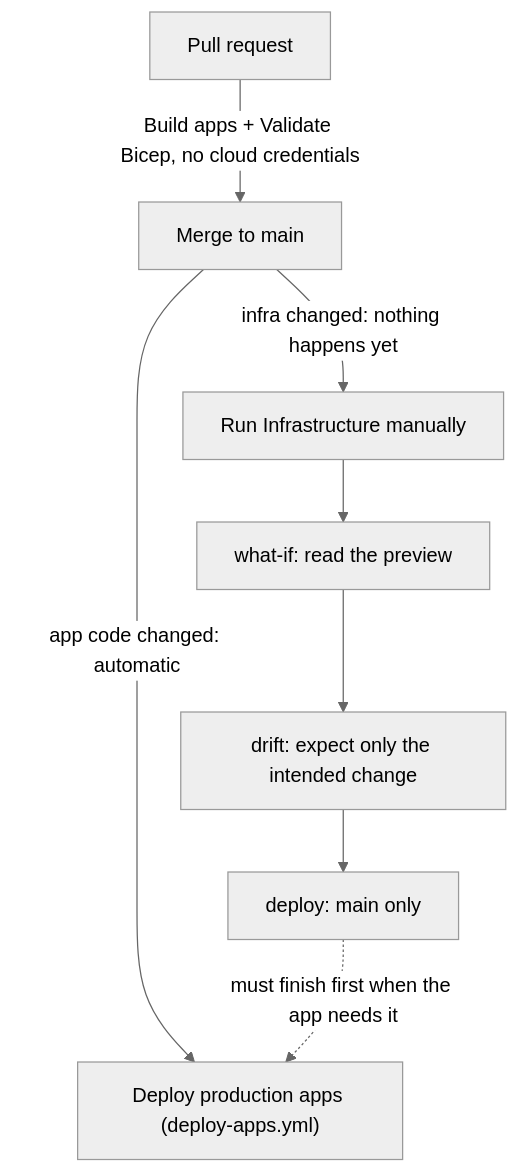
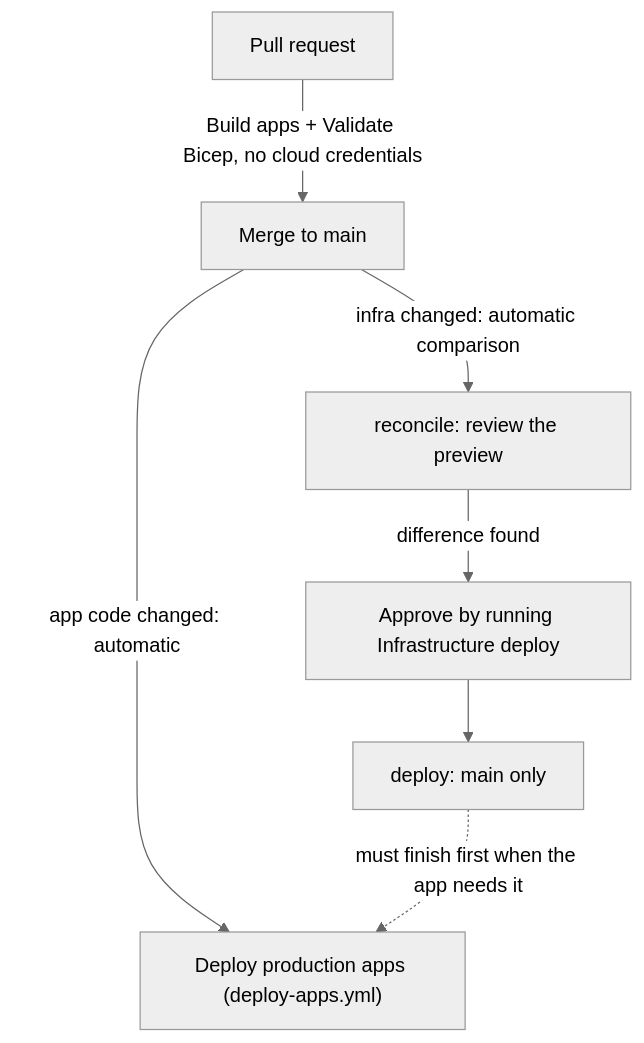
Before and after one commit to Andworx/Copilot-IoT-Game: the diagram in docs/CI_CD.md, drawn with Mermaid (neutral theme). The commit also changed other lines of this file and 3 other files, not shown here.

Commit message:
ci(infra): reconcile Azure on main pushes

````diff
--- a/docs/CI_CD.md
+++ b/docs/CI_CD.md
@@ -304,8 +316,9 @@
 ```mermaid
 flowchart TB
   PR[Pull request] -->|"Build apps + Validate Bicep, no cloud credentials"| Merge[Merge to main]
   Merge -->|"app code changed: automatic"| Apps["Deploy production apps (deploy-apps.yml)"]
-  Merge -->|"infra changed: nothing happens yet"| Manual[Run Infrastructure manually]
-  Manual --> WI[what-if: read the preview] --> Drift[drift: expect only the intended change] --> Deploy["deploy: main only"]
+  Merge -->|"infra changed: automatic comparison"| WI[reconcile: review the preview]
+  WI -->|"difference found"| Manual[Approve by running Infrastructure deploy]
+  Manual --> Deploy["deploy: main only"]
   Deploy -.->|"must finish first when the app needs it"| Apps
 ```
````
